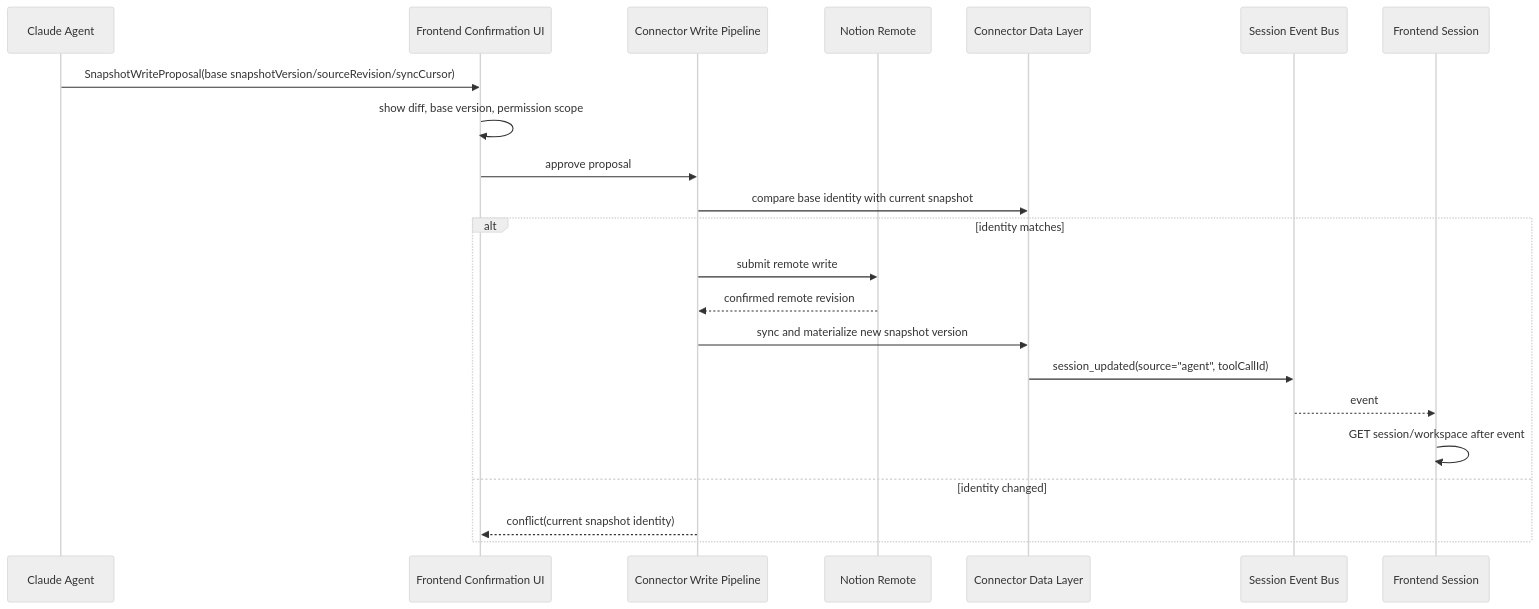
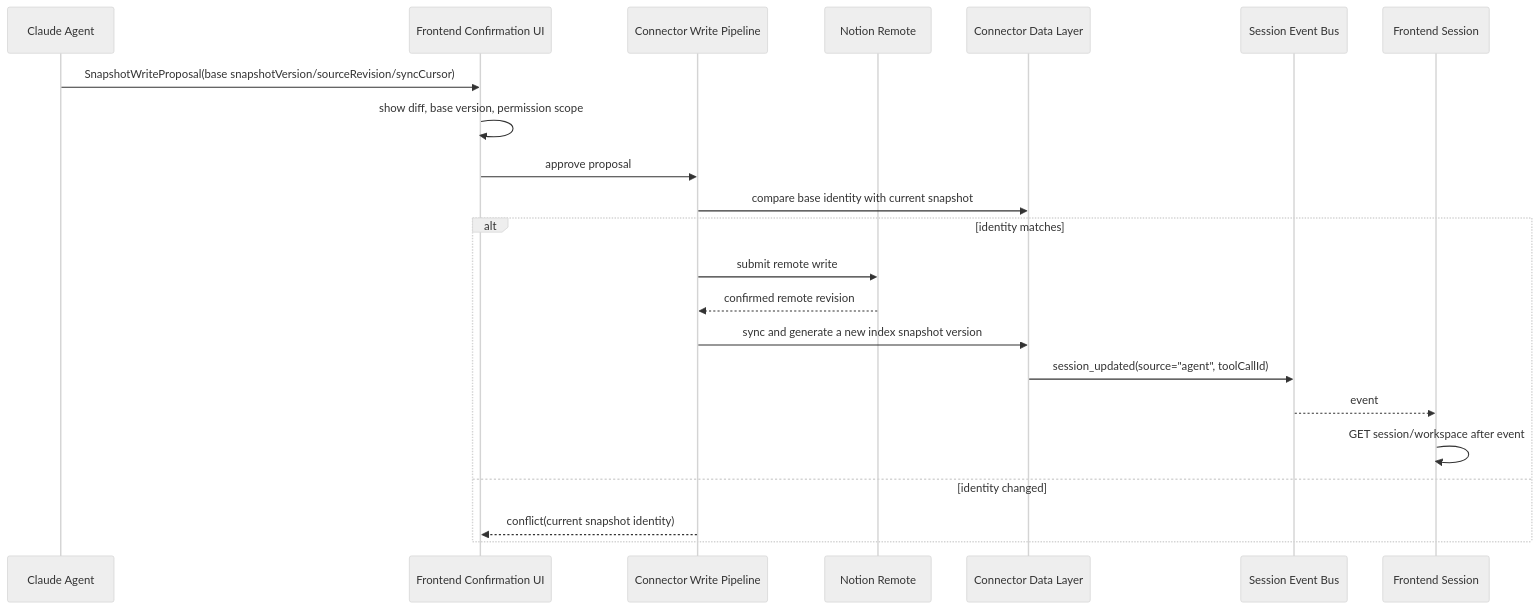
The fourth of 4 diagrams in docs/design/claude-agent/notion-point/interaction-snapshot-lifecycle.md (glide-the/im-dream), drawn with Mermaid (neutral theme) before and after one commit. The commit also changed other lines of this file and 51 other files, not shown here.

````diff
--- a/docs/design/claude-agent/notion-point/interaction-snapshot-lifecycle.md
+++ b/docs/design/claude-agent/notion-point/interaction-snapshot-lifecycle.md
@@ -153,25 +153,25 @@
 ```mermaid
 sequenceDiagram
     participant Agent as Claude Agent
     participant UI as Frontend Confirmation UI
     participant Pipe as Connector Write Pipeline
     participant Notion as Notion Remote
     participant Data as Connector Data Layer
     participant Bus as Session Event Bus
     participant FE as Frontend Session
 
     Agent->>UI: SnapshotWriteProposal(base snapshotVersion/sourceRevision/syncCursor)
     UI->>UI: show diff, base version, permission scope
     UI->>Pipe: approve proposal
     Pipe->>Data: compare base identity with current snapshot
     alt identity matches
         Pipe->>Notion: submit remote write
         Notion-->>Pipe: confirmed remote revision
-        Pipe->>Data: sync and materialize new snapshot version
+        Pipe->>Data: sync and generate a new index snapshot version
         Data->>Bus: session_updated(source="agent", toolCallId)
         Bus-->>FE: event
         FE->>FE: GET session/workspace after event
     else identity changed
         Pipe-->>UI: conflict(current snapshot identity)
     end
 ```
````
